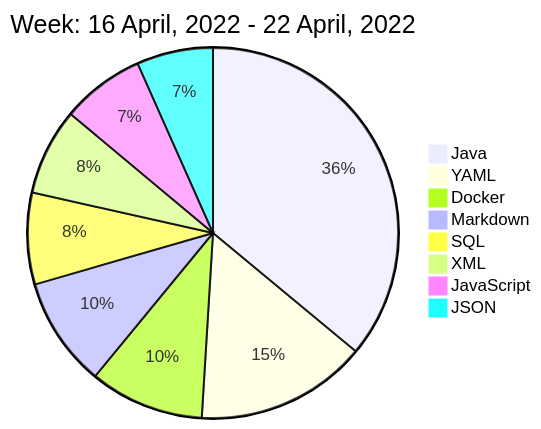
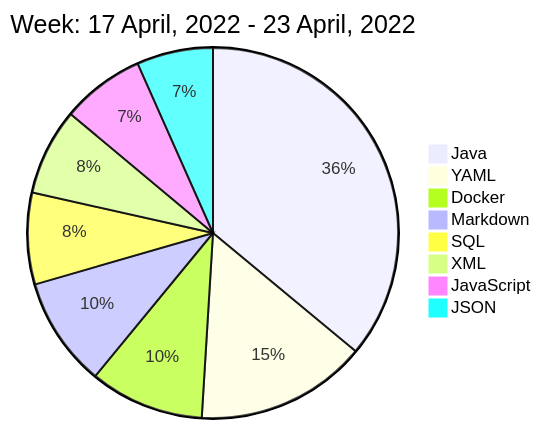
One commit to liubin95/liubin95 changed the diagram in README.md. Above: the diagram before and after it, drawn with Mermaid.

Commit message:
Updated the Graph with new Metrics

````diff
--- a/README.md
+++ b/README.md
@@ -40,12 +40,12 @@
 ```mermaid
  pie
-title Week: 16 April, 2022 - 22 April, 2022
+title Week: 17 April, 2022 - 23 April, 2022
  "Java" : 5.95
  "YAML" : 2.47
  "Docker" : 1.65
  "Markdown" : 1.58
  "SQL" : 1.32
  "XML" : 1.25
  "JavaScript" : 1.2
  "JSON" : 1.1
 ```
````
